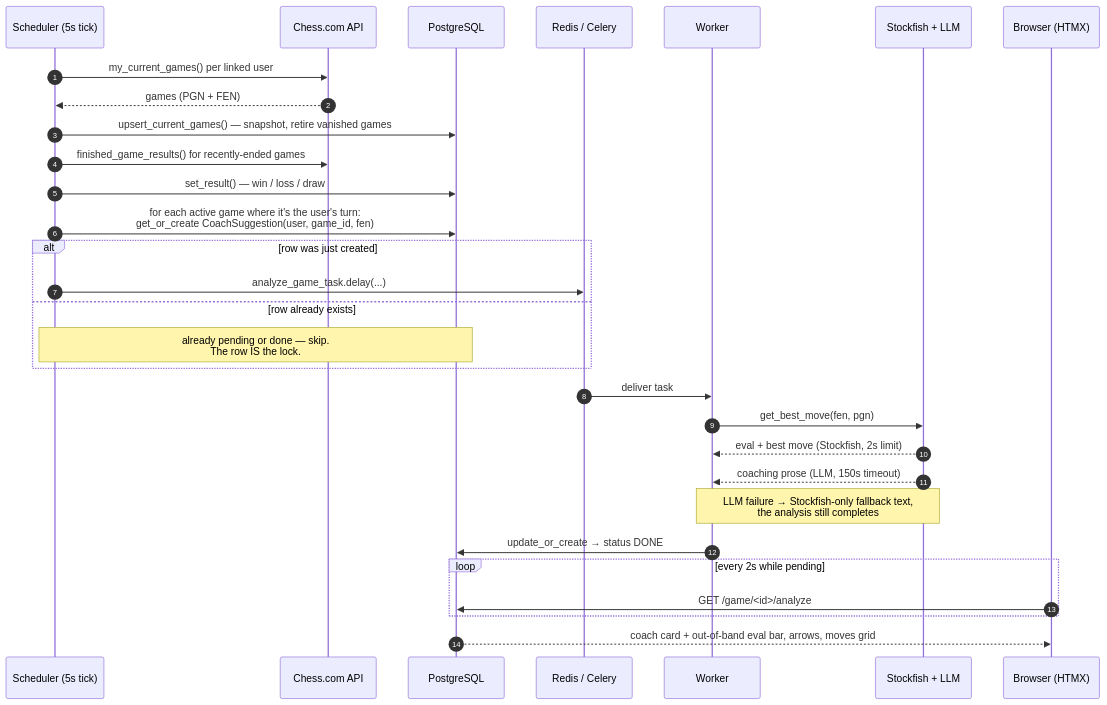
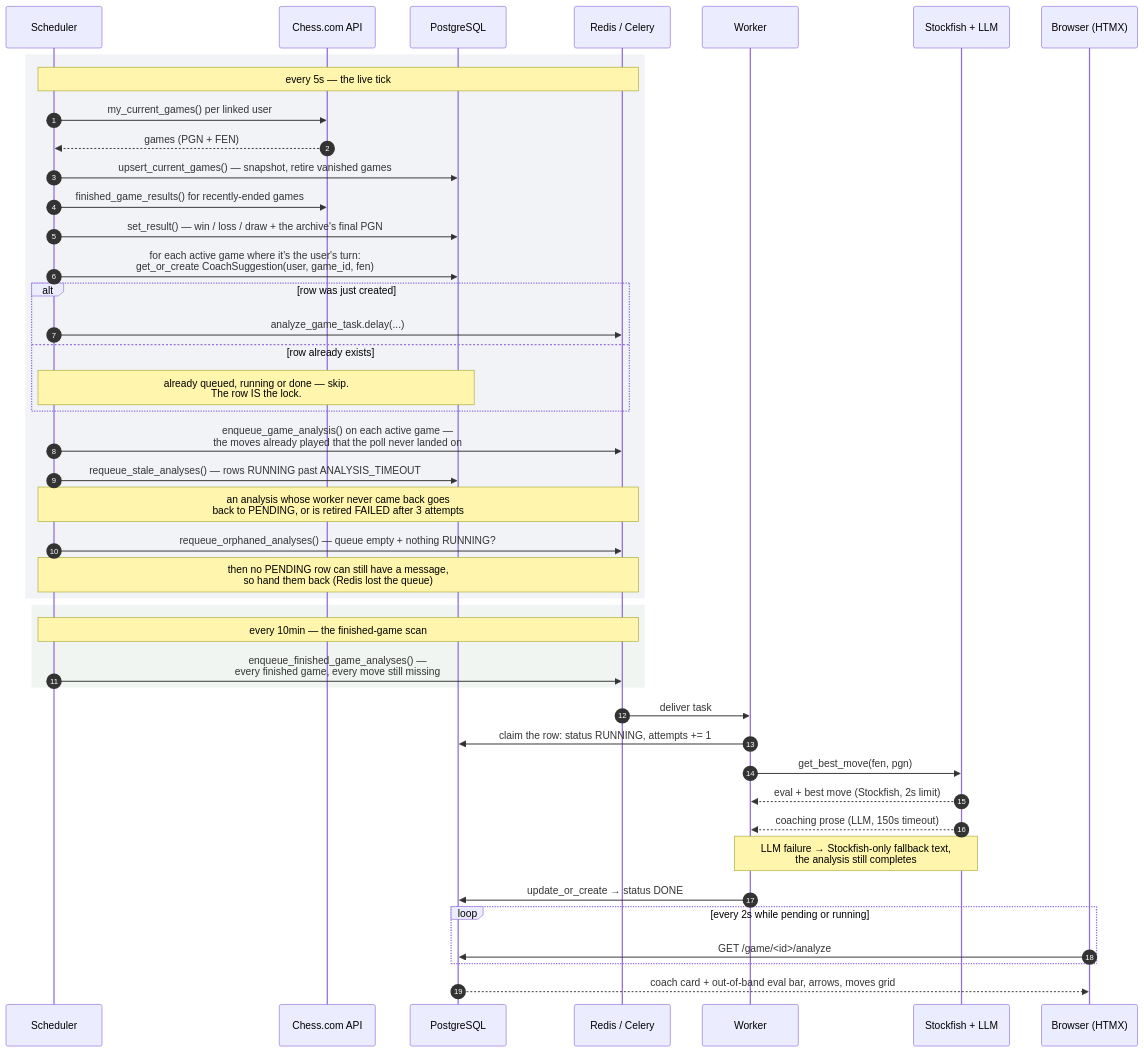
One commit to gab-25/chessdotcom_ai_coach changed the second of 2 diagrams in docs/architecture.md. Above: the diagram before and after it, drawn with Mermaid. The commit also changed other lines of this file and 29 other files, not shown here.

Commit message:
Analyse every move you played — on a schedule, not once (#44)

````diff
--- a/docs/architecture.md
+++ b/docs/architecture.md
@@ -55,36 +61,51 @@
 ```mermaid
 sequenceDiagram
     autonumber
-    participant S as Scheduler (5s tick)
+    participant S as Scheduler
     participant C as Chess.com API
     participant DB as PostgreSQL
     participant Q as Redis / Celery
     participant W as Worker
     participant E as Stockfish + LLM
     participant B as Browser (HTMX)
 
+    rect rgba(120,140,180,0.10)
+    Note over S,Q: every 5s — the live tick
     S->>C: my_current_games() per linked user
     C-->>S: games (PGN + FEN)
     S->>DB: upsert_current_games() — snapshot, retire vanished games
     S->>C: finished_game_results() for recently-ended games
-    S->>DB: set_result() — win / loss / draw
+    S->>DB: set_result() — win / loss / draw + the archive's final PGN
 
     S->>DB: for each active game where it's the user's turn:<br/>get_or_create CoachSuggestion(user, game_id, fen)
     alt row was just created
         S->>Q: analyze_game_task.delay(...)
     else row already exists
-        Note over S,DB: already pending or done — skip.<br/>The row IS the lock.
+        Note over S,DB: already queued, running or done — skip.<br/>The row IS the lock.
+    end
+    S->>Q: enqueue_game_analysis() on each active game —<br/>the moves already played that the poll never landed on
+
+    S->>DB: requeue_stale_analyses() — rows RUNNING past ANALYSIS_TIMEOUT
+    Note over S,Q: an analysis whose worker never came back goes<br/>back to PENDING, or is retired FAILED after 3 attempts
+    S->>Q: requeue_orphaned_analyses() — queue empty + nothing RUNNING?
+    Note over S,Q: then no PENDING row can still have a message,<br/>so hand them back (Redis lost the queue)
+    end
+
+    rect rgba(120,160,120,0.10)
+    Note over S,Q: every 10min — the finished-game scan
+    S->>Q: enqueue_finished_game_analyses() —<br/>every finished game, every move still missing
     end
 
     Q->>W: deliver task
+    W->>DB: claim the row: status RUNNING, attempts += 1
     W->>E: get_best_move(fen, pgn)
     E-->>W: eval + best move (Stockfish, 2s limit)
     E-->>W: coaching prose (LLM, 150s timeout)
     Note over W,E: LLM failure → Stockfish-only fallback text,<br/>the analysis still completes
     W->>DB: update_or_create → status DONE
 
-    loop every 2s while pending
+    loop every 2s while pending or running
         B->>DB: GET /game/<id>/analyze
     end
     DB-->>B: coach card + out-of-band eval bar, arrows, moves grid
 ```
````
